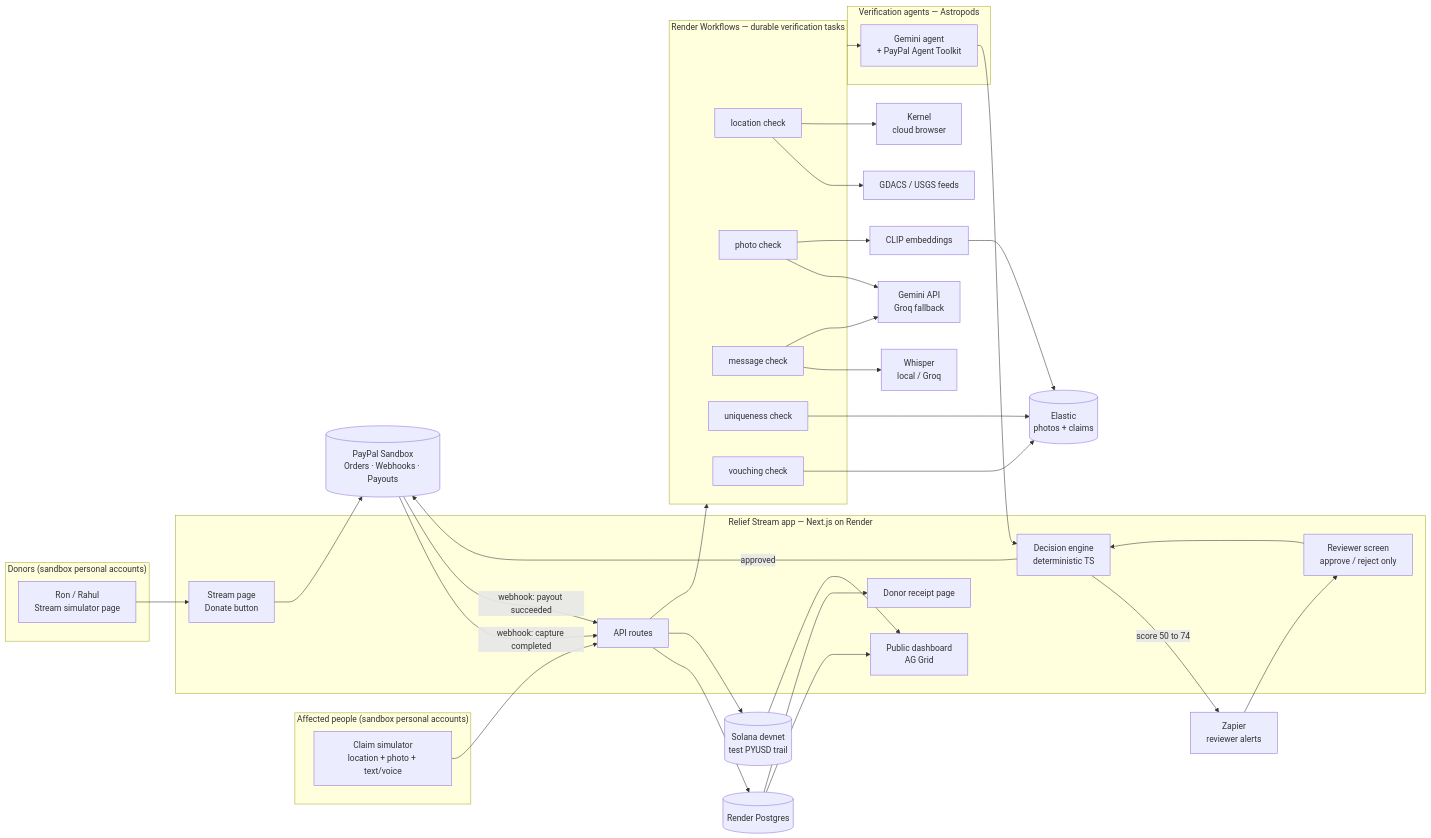
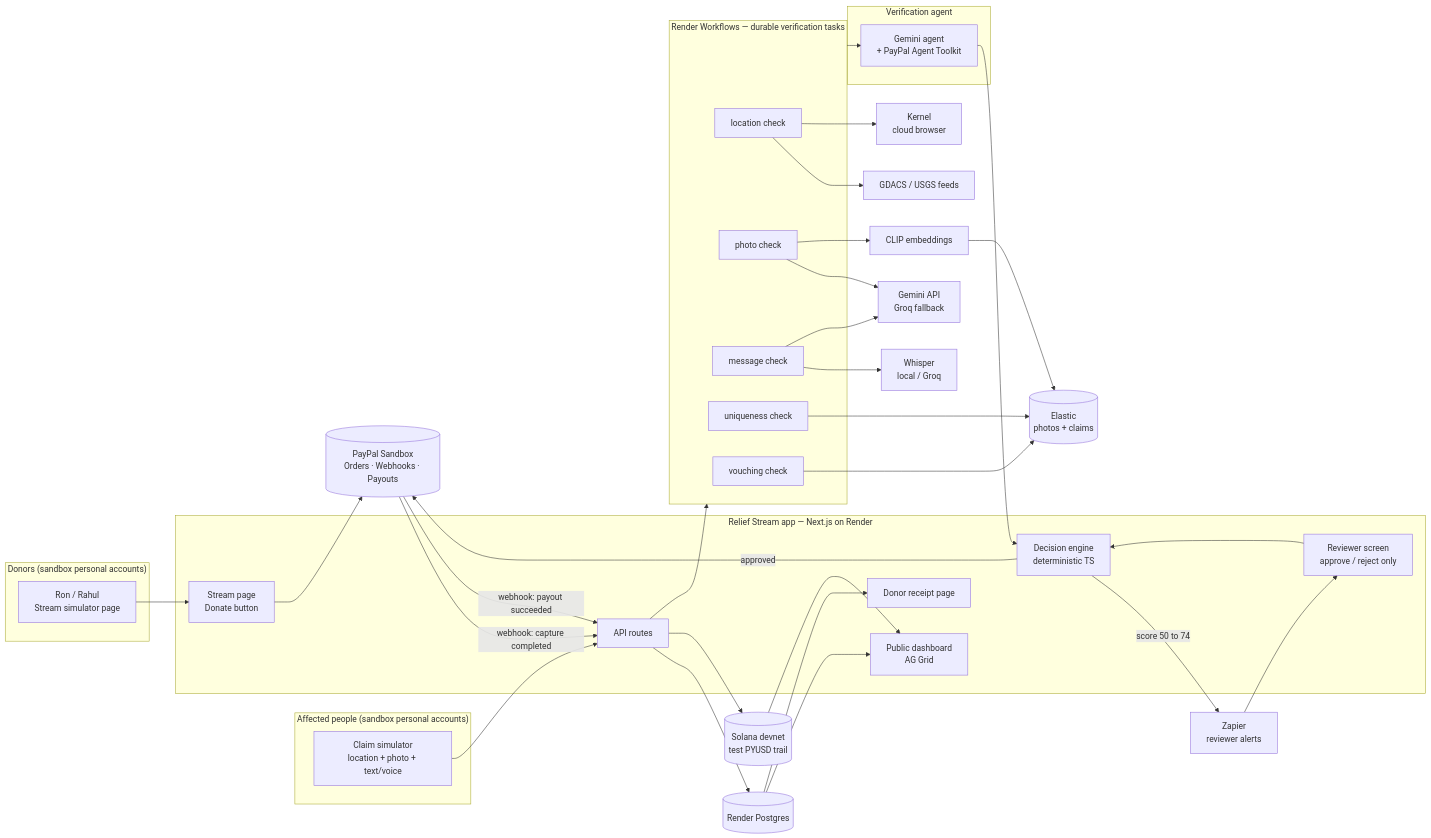
Before and after one commit to Adish7Pandya/relief-stream: the first of 4 diagrams in architecture.md, drawn with Mermaid. The commit also changed other lines of this file and 12 other files, not shown here.

````diff
--- a/architecture.md
+++ b/architecture.md
@@ -20,66 +19,66 @@
 ```mermaid
 flowchart LR
     subgraph Donors["Donors (sandbox personal accounts)"]
         D1[Ron / Rahul<br/>Stream simulator page]
     end
 
     subgraph Claimants["Affected people (sandbox personal accounts)"]
         C1[Claim simulator<br/>location + photo + text/voice]
     end
 
     subgraph App["Relief Stream app — Next.js on Render"]
         UI[Stream page<br/>Donate button]
         API[API routes]
         RV[Reviewer screen<br/>approve / reject only]
         DASH[Public dashboard<br/>AG Grid]
         RCPT[Donor receipt page]
         ENG[Decision engine<br/>deterministic TS]
     end
 
     subgraph Workflows["Render Workflows — durable verification tasks"]
         W1[location check]
         W2[photo check]
         W3[message check]
         W4[uniqueness check]
         W5[vouching check]
     end
 
-    subgraph Agents["Verification agents — Astropods"]
+    subgraph Agents["Verification agent"]
         AG[Gemini agent<br/>+ PayPal Agent Toolkit]
     end
 
     PP[(PayPal Sandbox<br/>Orders · Webhooks · Payouts)]
     GEM[Gemini API<br/>Groq fallback]
     WH[Whisper<br/>local / Groq]
     CLIP[CLIP embeddings]
     ES[(Elastic<br/>photos + claims)]
     FEEDS[GDACS / USGS feeds]
     KER[Kernel<br/>cloud browser]
     ZAP[Zapier<br/>reviewer alerts]
     DB[(Render Postgres)]
     SOL[(Solana devnet<br/>test PYUSD trail)]
 
     D1 --> UI --> PP
     PP -->|"webhook: capture completed"| API
     C1 --> API
     API --> DB
     API --> Workflows
     W1 --> FEEDS
     W1 --> KER
     W2 --> GEM
     W2 --> CLIP --> ES
     W3 --> WH
     W3 --> GEM
     W4 --> ES
     W5 --> ES
     Workflows --> AG
     AG --> ENG
     ENG -->|"score 50 to 74"| ZAP --> RV
     RV --> ENG
     ENG -->|"approved"| PP
     PP -->|"webhook: payout succeeded"| API
     API --> SOL
     DB --> DASH
     SOL --> DASH
     DB --> RCPT
 ```
````
